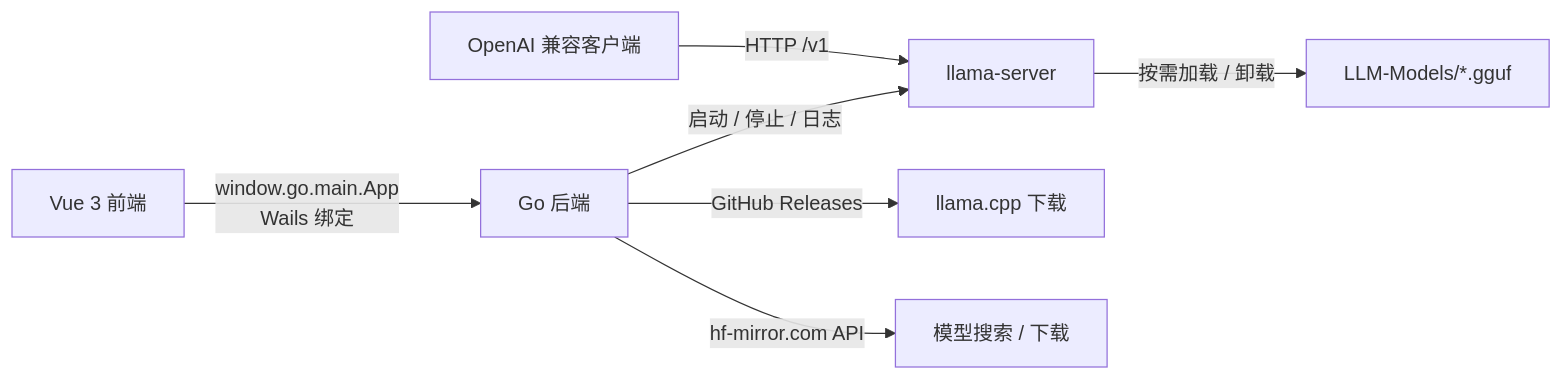
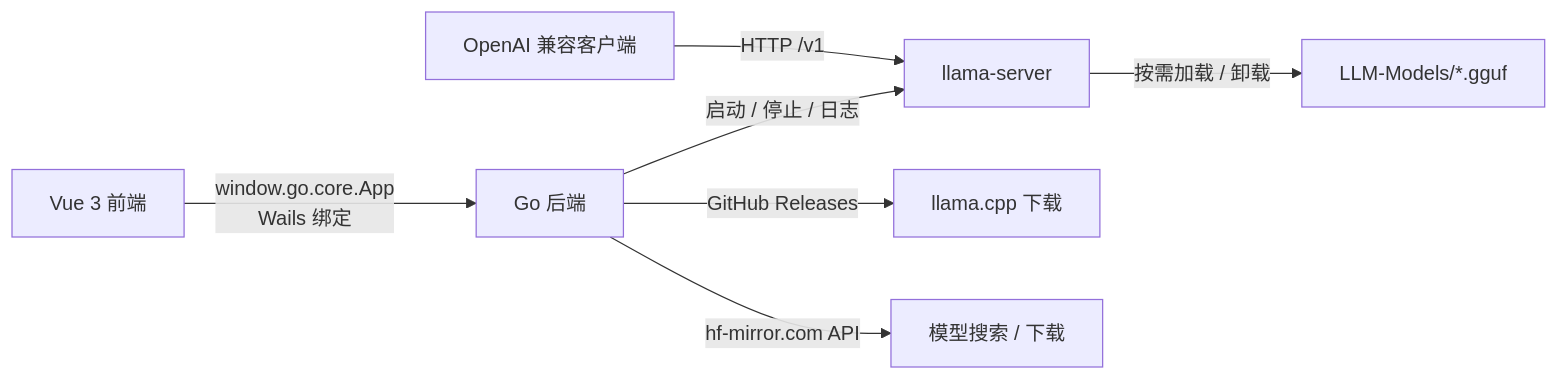
The diagram in README.md (CodeNeow/llama-cpp-desktop), drawn with Mermaid before and after one commit. The commit also changed other lines of this file and 27 other files, not shown here.

````diff
--- a/README.md
+++ b/README.md
@@ -74,9 +74,9 @@
 ```mermaid
 graph LR
-    A[Vue 3 前端] -->|window.go.main.App<br/>Wails 绑定| B[Go 后端]
+    A[Vue 3 前端] -->|window.go.core.App<br/>Wails 绑定| B[Go 后端]
     B -->|启动 / 停止 / 日志| C[llama-server]
     C -->|按需加载 / 卸载| D[LLM-Models/*.gguf]
     B -->|GitHub Releases| E[llama.cpp 下载]
     B -->|hf-mirror.com API| F[模型搜索 / 下载]
     G[OpenAI 兼容客户端] -->|HTTP /v1| C
 ```
````
